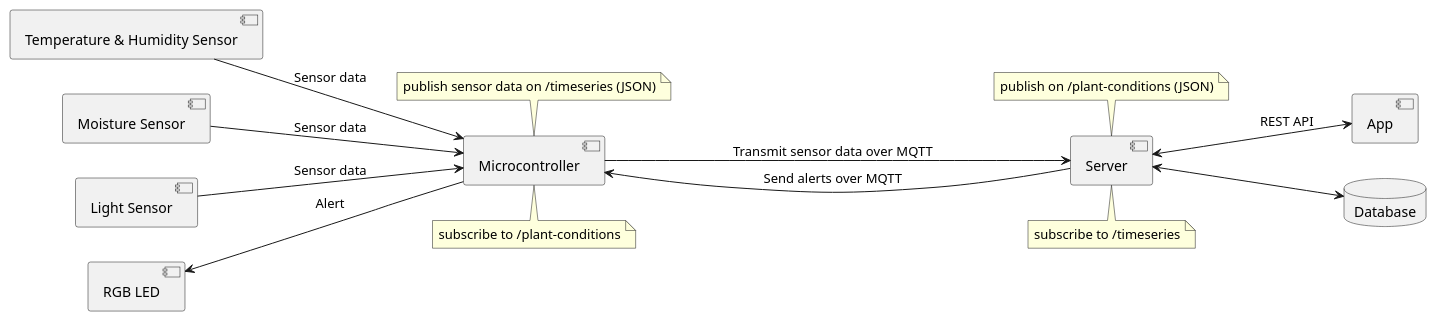
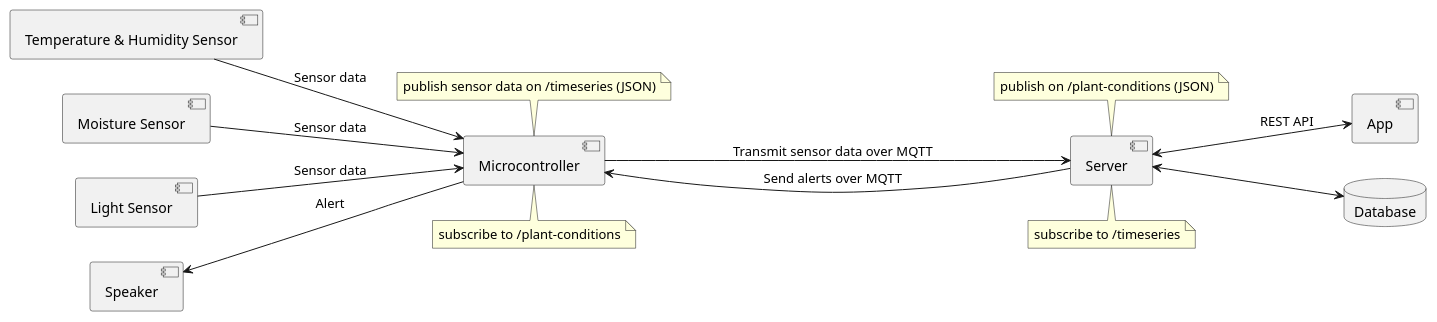
The diagram in diagrams/system_design.puml (Adam1927/PlantStein), drawn with PlantUML before and after one commit. The commit also changed 1 other file, not shown here.

Commit message:
Fix system design diagram #47
Replace LED by speaker

```diff
--- a/diagrams/system_design.puml
+++ b/diagrams/system_design.puml
@@ -1,48 +1,48 @@
 @startuml System Design
 left to right direction
 
 component "Microcontroller"
 note top of Microcontroller
 publish sensor data on /timeseries (JSON)
 end note
 
 note bottom of Microcontroller
 subscribe to /plant-conditions
 end note
 
 ' component "Temperature Sensor" as TemperatureSensor
 component "Temperature & Humidity Sensor" as TemperatureHumiditySensor
 component "Moisture Sensor" as MoistureSensor
 component "Light Sensor" as LightSensor
-component "RGB LED" as RGBLED
+component "Speaker" as Speaker
 ' component "Speaker" as Speaker
 
 component Server
 
 note top of Server
 publish on /plant-conditions (JSON)
 end note
 
 note bottom of Server
 subscribe to /timeseries
 end note
 
 component App
 database Database
 
 ' TemperatureSensor --> Microcontroller : Sensor data
 TemperatureHumiditySensor --> Microcontroller : Sensor data
 MoistureSensor  --> Microcontroller : Sensor data
 LightSensor --> Microcontroller : Sensor data
-RGBLED <-- Microcontroller : Alert
+Speaker <-- Microcontroller : Alert
 ' Speaker <-- Microcontroller : Alert
 
 Microcontroller --> Server : Transmit sensor data over MQTT
 
 Server <--> Database
     
 Server <--> App : REST API
 
 Server ---> Microcontroller : Send alerts over MQTT
 
 @enduml
```
